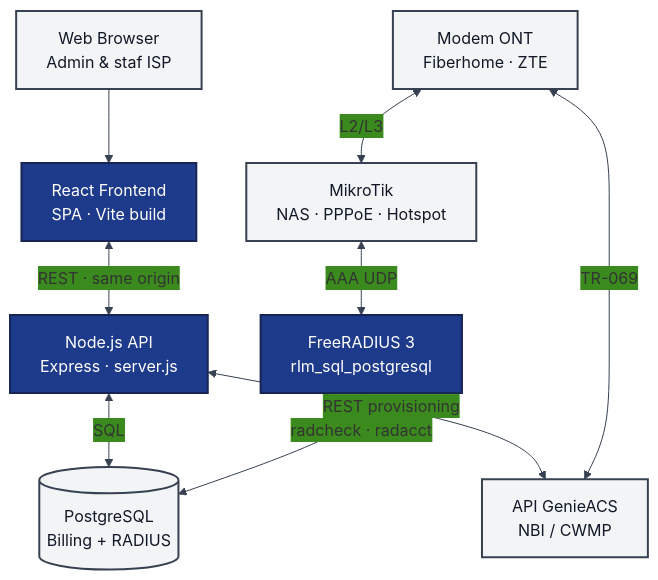
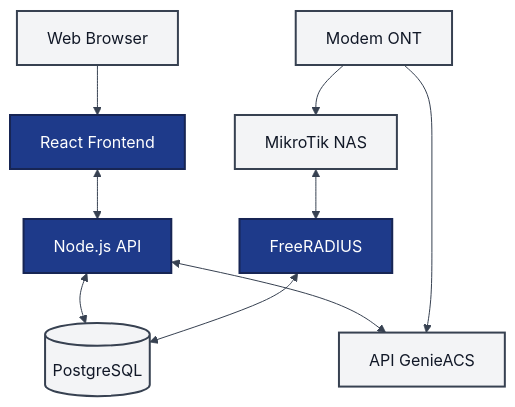
Before and after one commit to oriza23/billing: the first of 2 diagrams in README.md, drawn with Mermaid. The commit also changed other lines of this file and 2 other files, not shown here.

````diff
--- a/README.md
+++ b/README.md
@@ -63,27 +64,27 @@
 ```mermaid
-%%{init: {'theme':'base', 'themeVariables': { 'background': '#ffffff', 'primaryColor': '#1e3a8a', 'lineColor': '#374151', 'clusterBkg': '#ffffff'}}}%%
+%%{init: {'theme':'base', 'themeVariables': { 'background': '#ffffff', 'lineColor': '#374151'}}}%%
 graph TD
-  BROWSER["Web Browser\nAdmin & staf ISP"]
-  REACT["React Frontend\nSPA · Vite build"]
-  NODE["Node.js API\nExpress · server.js"]
-  PG[("PostgreSQL\nBilling + RADIUS")]
-  GENIE["API GenieACS\nNBI / CWMP"]
-  RADIUS["FreeRADIUS 3\nrlm_sql_postgresql"]
-  MIKROTIK["MikroTik\nNAS · PPPoE · Hotspot"]
-  ONT["Modem ONT\nFiberhome · ZTE"]
+  BROWSER["Web Browser"]
+  REACT["React Frontend"]
+  NODE["Node.js API"]
+  PG[("PostgreSQL")]
+  GENIE["API GenieACS"]
+  RADIUS["FreeRADIUS"]
+  MIKROTIK["MikroTik NAS"]
+  ONT["Modem ONT"]
 
   BROWSER --> REACT
-  REACT <-->|"REST · same origin"| NODE
-  NODE <-->|"SQL"| PG
-  NODE <-->|"REST provisioning"| GENIE
-  RADIUS <-->|"radcheck · radacct"| PG
-  MIKROTIK <-->|"AAA UDP"| RADIUS
-  ONT <-->|"L2/L3"| MIKROTIK
-  ONT <-->|"TR-069"| GENIE
+  REACT <--> NODE
+  NODE <--> PG
+  NODE <--> GENIE
+  RADIUS <--> PG
+  MIKROTIK <--> RADIUS
+  ONT --> MIKROTIK
+  ONT --> GENIE
 
   classDef raniahApp fill:#1e3a8a,stroke:#172554,color:#ffffff,stroke-width:2px
   classDef raniahExt fill:#f3f4f6,stroke:#374151,color:#111827,stroke-width:2px
 
   class REACT,NODE,RADIUS raniahApp
   class BROWSER,PG,GENIE,MIKROTIK,ONT raniahExt
 ```
````
